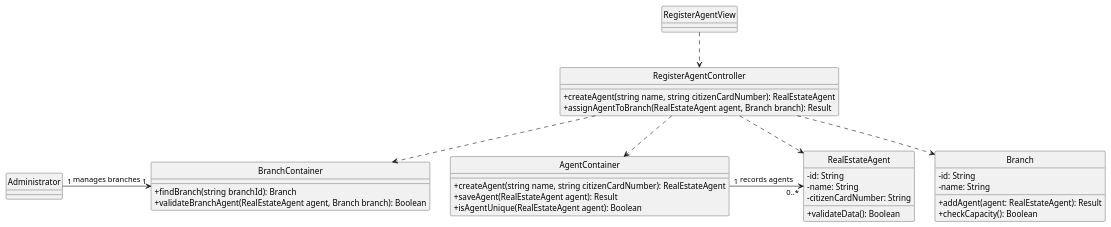
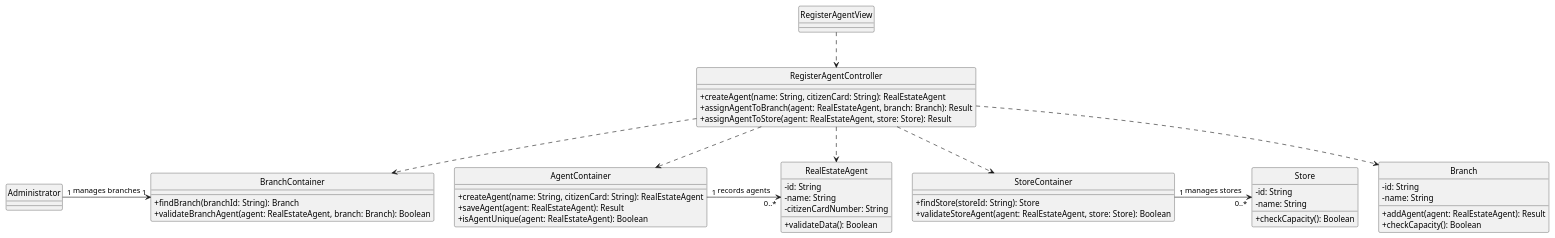
The diagram in docs/Sprint2/US11/US11-CD.puml (goncalomaia18/leti-esoft-24-25-A2), drawn with PlantUML before and after one commit. The commit also changed 6 other files, not shown here.

```diff
--- a/docs/Sprint2/US11/US11-CD.puml
+++ b/docs/Sprint2/US11/US11-CD.puml
@@ -1,49 +1,60 @@
 @startuml
-'https://plantuml.com/class-diagram
-
 hide circle
 skinparam classAttributeIconSize 0
 
 class RegisterAgentView {
 }
 
 class RegisterAgentController {
-    +createAgent(string name, string citizenCardNumber): RealEstateAgent
-    +assignAgentToBranch(RealEstateAgent agent, Branch branch): Result
+    +createAgent(name: String, citizenCard: String): RealEstateAgent
+    +assignAgentToBranch(agent: RealEstateAgent, branch: Branch): Result
+    +assignAgentToStore(agent: RealEstateAgent, store: Store): Result
 }
 
 class RealEstateAgent {
-    - id: String
-    - name: String
-    - citizenCardNumber: String
+    -id: String
+    -name: String
+    -citizenCardNumber: String
     +validateData(): Boolean
 }
 
 class Branch {
-    - id: String
-    - name: String
+    -id: String
+    -name: String
     +addAgent(agent: RealEstateAgent): Result
     +checkCapacity(): Boolean
 }
 
 class AgentContainer {
-    +createAgent(string name, string citizenCardNumber): RealEstateAgent
-    +saveAgent(RealEstateAgent agent): Result
-    +isAgentUnique(RealEstateAgent agent): Boolean
+    +createAgent(name: String, citizenCard: String): RealEstateAgent
+    +saveAgent(agent: RealEstateAgent): Result
+    +isAgentUnique(agent: RealEstateAgent): Boolean
 }
 
 class BranchContainer {
-    +findBranch(string branchId): Branch
-    +validateBranchAgent(RealEstateAgent agent, Branch branch): Boolean
+    +findBranch(branchId: String): Branch
+    +validateBranchAgent(agent: RealEstateAgent, branch: Branch): Boolean
+}
+
+class Store {
+    -id: String
+    -name: String
+    +checkCapacity(): Boolean
+}
+
+class StoreContainer {
+    +findStore(storeId: String): Store
+    +validateStoreAgent(agent: RealEstateAgent, store: Store): Boolean
 }
 
 Administrator "1" -right-> "1" BranchContainer : manages branches
 AgentContainer "1" -right-> "0..*" RealEstateAgent : records agents
+StoreContainer "1" -right-> "0..*" Store : manages stores
 
 RegisterAgentView ..> RegisterAgentController
 RegisterAgentController ..> RealEstateAgent
 RegisterAgentController ..> BranchContainer
 RegisterAgentController ..> AgentContainer
 RegisterAgentController ..> Branch
-
+RegisterAgentController ..> StoreContainer
 @enduml
```
